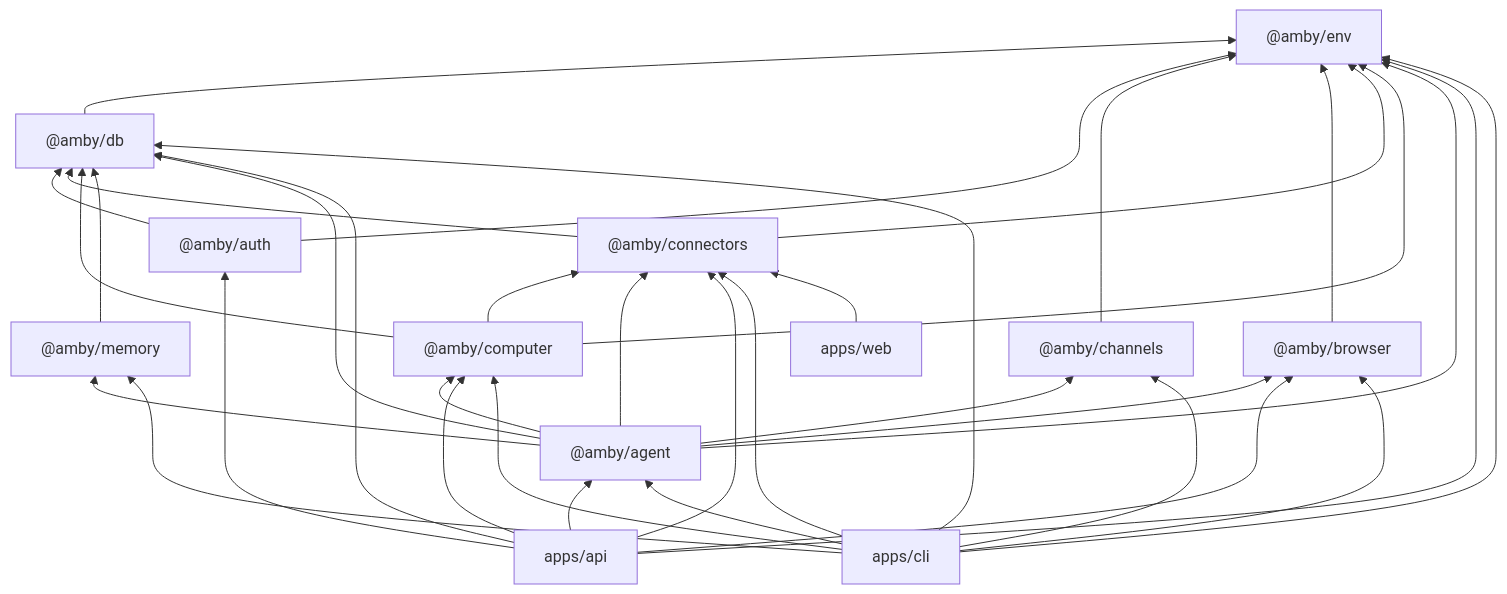
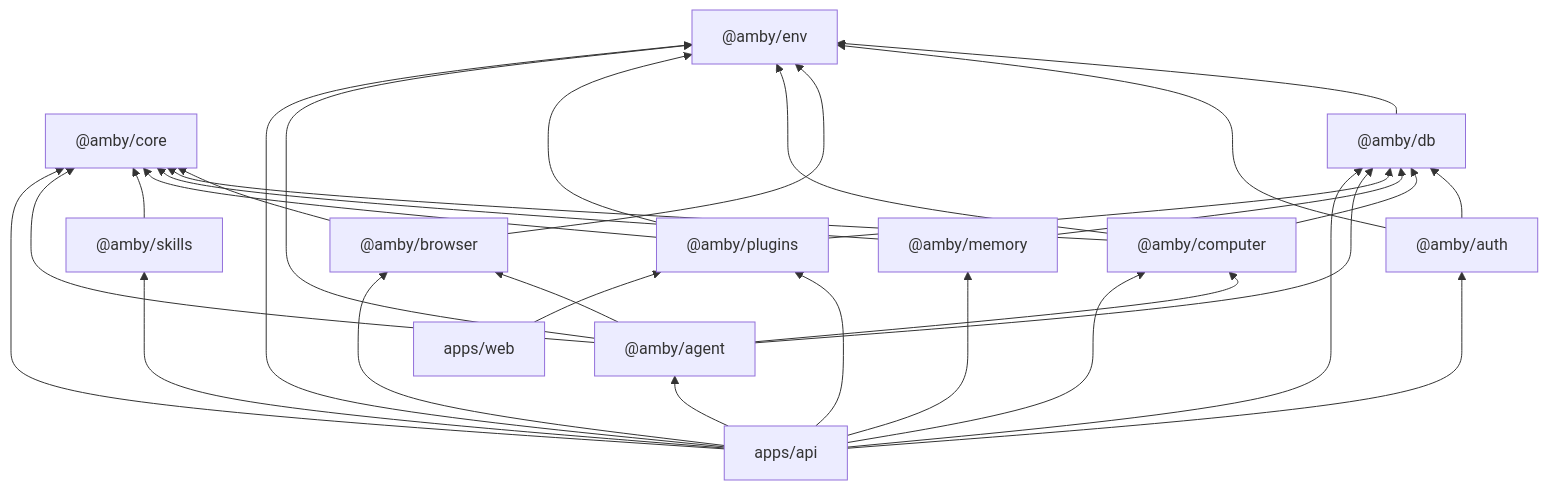
One commit to punitarani/amby changed the first of 2 diagrams in docs/ARCHITECTURE.md. Above: the diagram before and after it, drawn with Mermaid. The commit also changed other lines of this file and 13 other files, not shown here.

````diff
--- a/docs/ARCHITECTURE.md
+++ b/docs/ARCHITECTURE.md
@@ -7,38 +7,35 @@
 ```mermaid
 graph BT
     env["@amby/env"]
+    core["@amby/core"]
     db["@amby/db"] --> env
     auth["@amby/auth"] --> db
     auth --> env
-    channels["@amby/channels"] --> env
-    browser["@amby/browser"] --> env
-    connectors["@amby/connectors"] --> db
-    connectors --> env
-    computer["@amby/computer"] --> db
+    browser["@amby/browser"] --> core
+    browser --> env
+    computer["@amby/computer"] --> core
+    computer --> db
     computer --> env
-    computer --> connectors
-    memory["@amby/memory"] --> db
+    memory["@amby/memory"] --> core
+    memory --> db
+    plugins["@amby/plugins"] --> core
+    plugins --> db
+    plugins --> env
+    skills["@amby/skills"] --> core
     agent["@amby/agent"] --> browser
-    agent --> channels
     agent --> computer
-    agent --> connectors
+    agent --> core
     agent --> db
     agent --> env
-    agent --> memory
     api["apps/api"] --> agent
     api --> auth
     api --> browser
     api --> computer
-    api --> connectors
+    api --> core
     api --> db
     api --> env
-    cli["apps/cli"] --> agent
-    cli --> browser
-    cli --> channels
-    cli --> computer
-    cli --> connectors
-    cli --> db
-    cli --> env
-    cli --> memory
-    web["apps/web"] --> connectors
+    api --> memory
+    api --> plugins
+    api --> skills
+    web["apps/web"] --> plugins
 ```
````
